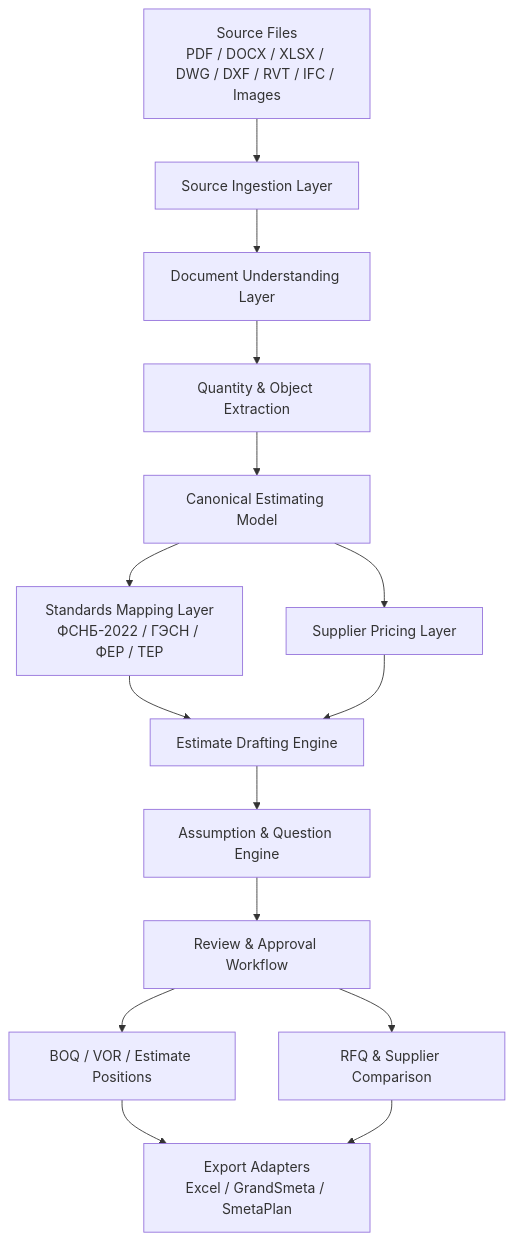
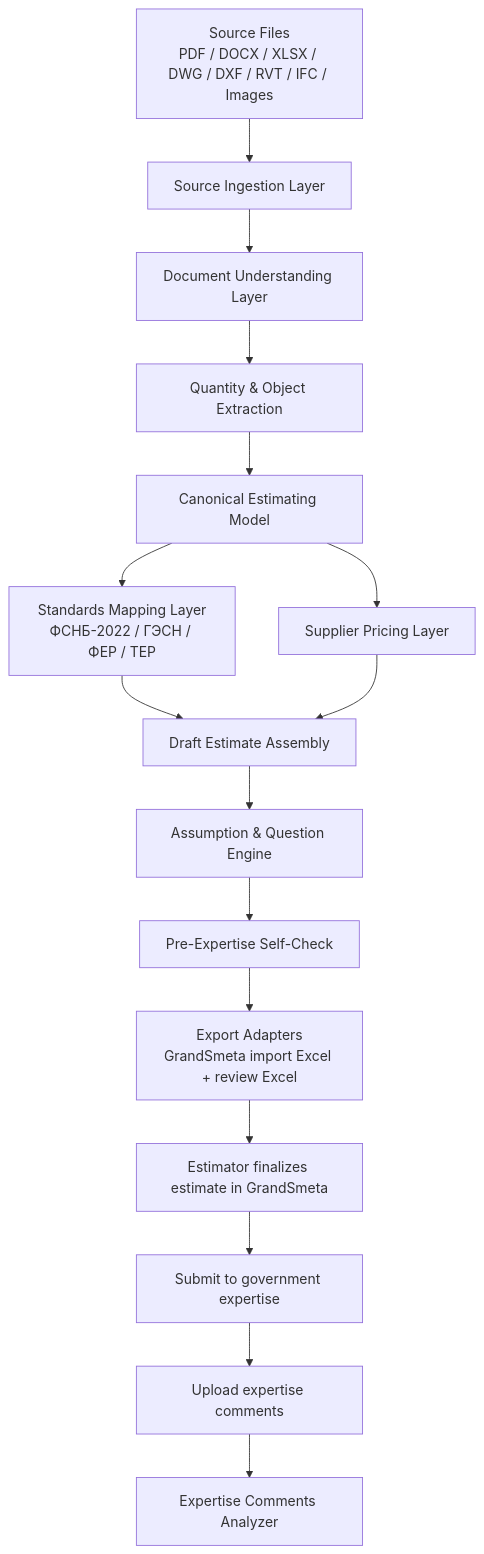
One commit to Maxim1091264/OpenConstructionERP changed the diagram in docs/architecture/AI_SMETA_TARGET_ARCHITECTURE.md. Above: the diagram before and after it, drawn with Mermaid. The commit also changed other lines of this file and 122 other files, not shown here.

Commit message:
Finalize AI-Smeta-RU architecture

````diff
--- a/docs/architecture/AI_SMETA_TARGET_ARCHITECTURE.md
+++ b/docs/architecture/AI_SMETA_TARGET_ARCHITECTURE.md
@@ -40,17 +40,18 @@
 ```mermaid
 flowchart TD
     A[Source Files<br/>PDF / DOCX / XLSX / DWG / DXF / RVT / IFC / Images] --> B[Source Ingestion Layer]
     B --> C[Document Understanding Layer]
     C --> D[Quantity & Object Extraction]
     D --> E[Canonical Estimating Model]
     E --> F[Standards Mapping Layer<br/>ФСНБ-2022 / ГЭСН / ФЕР / ТЕР]
     E --> G[Supplier Pricing Layer]
-    F --> H[Estimate Drafting Engine]
+    F --> H[Draft Estimate Assembly]
     G --> H
     H --> I[Assumption & Question Engine]
-    I --> J[Review & Approval Workflow]
-    J --> K[BOQ / VOR / Estimate Positions]
-    J --> L[RFQ & Supplier Comparison]
-    K --> M[Export Adapters<br/>Excel / GrandSmeta / SmetaPlan]
-    L --> M
+    I --> J[Pre-Expertise Self-Check]
+    J --> K[Export Adapters<br/>GrandSmeta import Excel + review Excel]
+    K --> L[Estimator finalizes estimate in GrandSmeta]
+    L --> M[Submit to government expertise]
+    M --> N[Upload expertise comments]
+    N --> O[Expertise Comments Analyzer]
 ```
````
